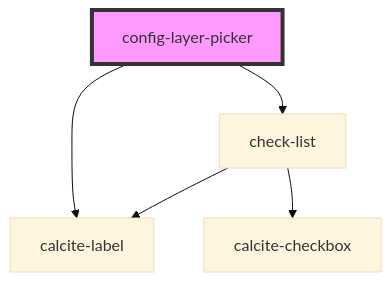
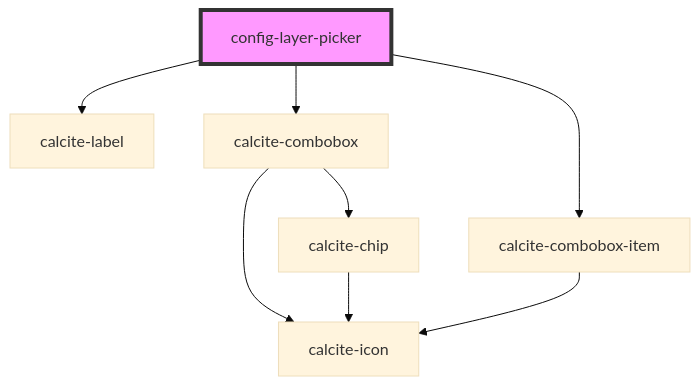
One commit to Esri/solutions-components changed the diagram in src/components/config-layer-picker/readme.md. Above: the diagram before and after it, drawn with Mermaid (base theme). The commit also changed other lines of this file and 4 other files, not shown here.

Commit message:
use combobox in config layer picker

````diff
--- a/src/components/config-layer-picker/readme.md
+++ b/src/components/config-layer-picker/readme.md
@@ -38,8 +39,11 @@
 ```mermaid
 graph TD;
   config-layer-picker --> calcite-label
-  config-layer-picker --> check-list
-  check-list --> calcite-label
-  check-list --> calcite-checkbox
+  config-layer-picker --> calcite-combobox
+  config-layer-picker --> calcite-combobox-item
+  calcite-combobox --> calcite-chip
+  calcite-combobox --> calcite-icon
+  calcite-chip --> calcite-icon
+  calcite-combobox-item --> calcite-icon
   style config-layer-picker fill:#f9f,stroke:#333,stroke-width:4px
 ```
````
